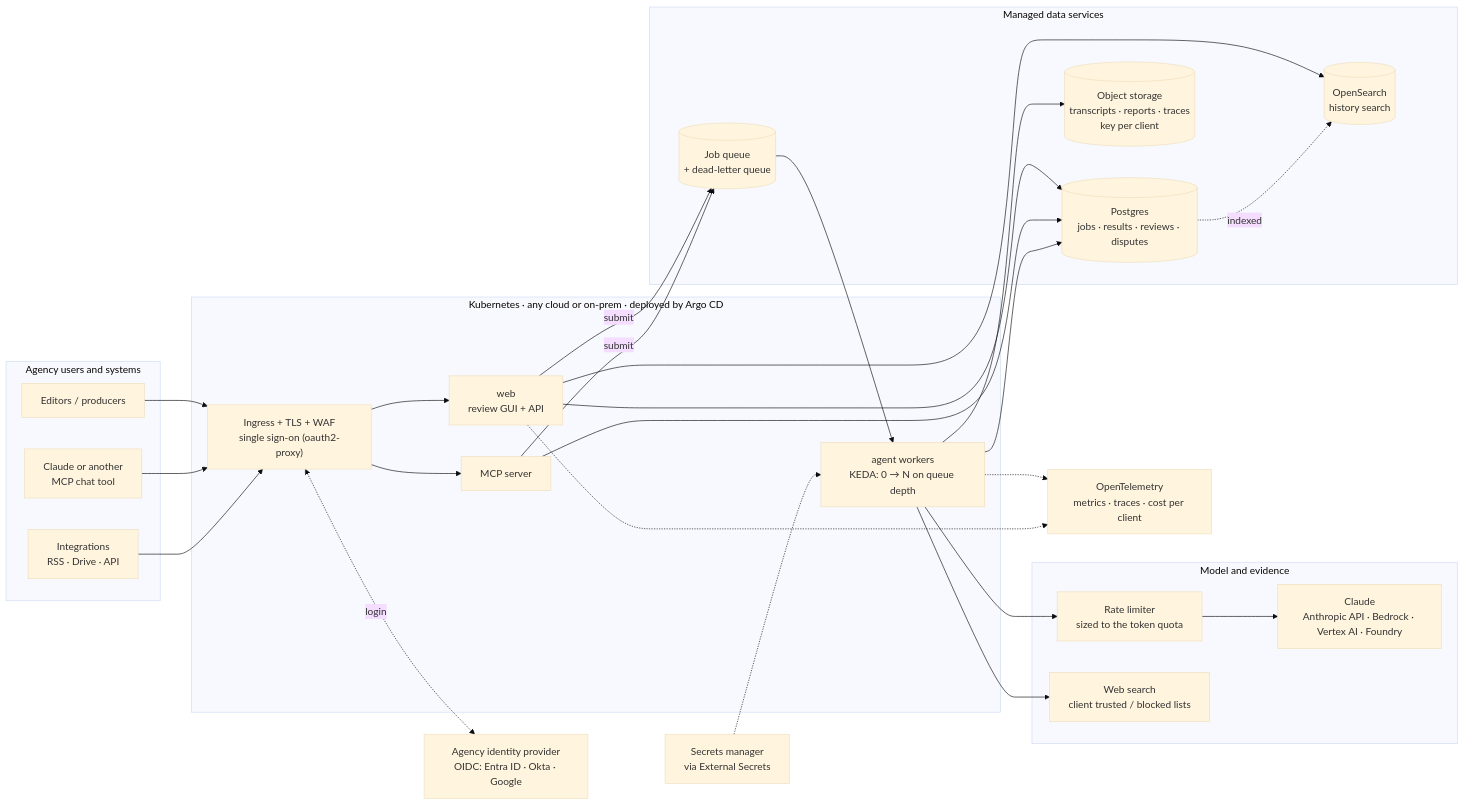
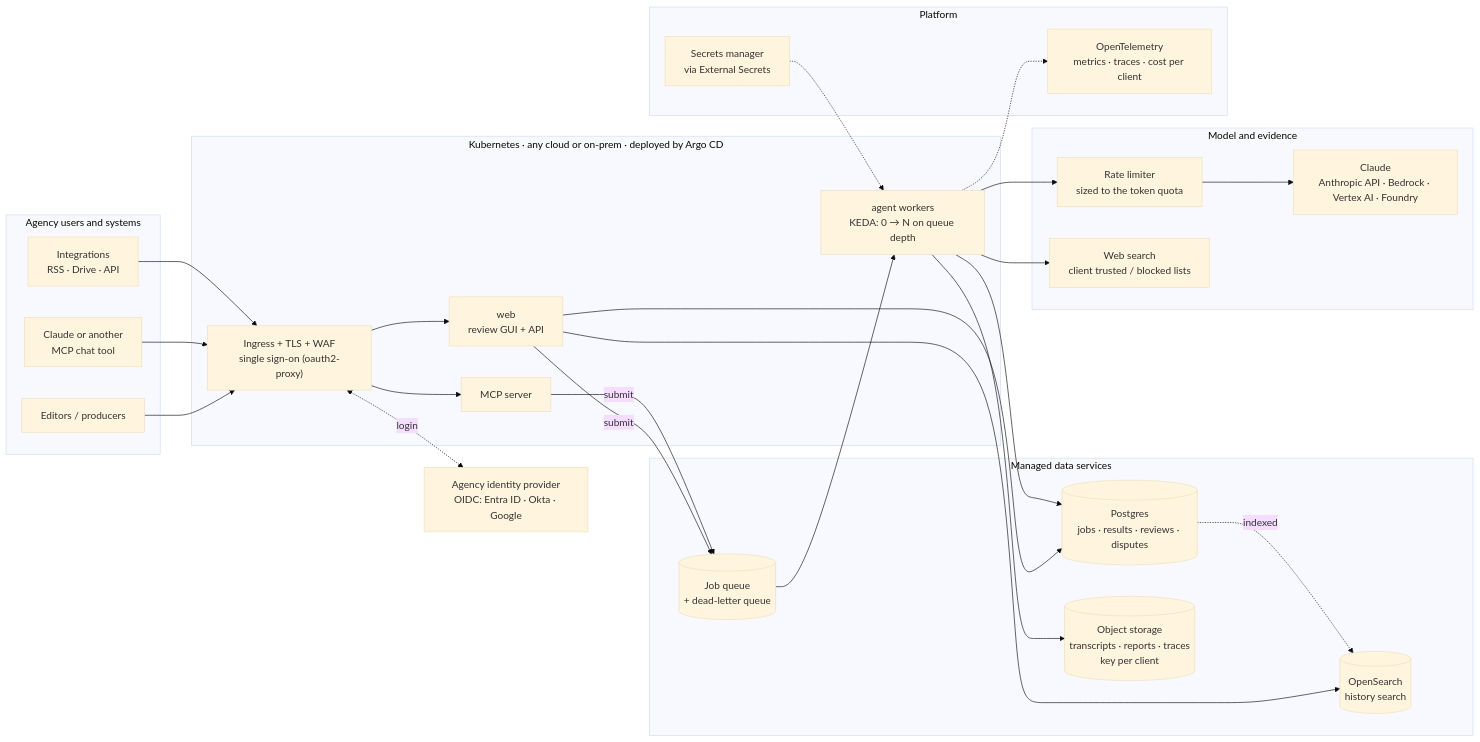
Before and after one commit to JohnGilligan2/podcast-agent: the first of 10 diagrams in docs/DEPLOYMENT.md, drawn with Mermaid (base theme).

Commit message:
Docs: tidy the architecture diagram

````diff
--- a/docs/DEPLOYMENT.md
+++ b/docs/DEPLOYMENT.md
@@ -20,54 +20,54 @@
 ```mermaid
 flowchart LR
     subgraph Users["Agency users and systems"]
         ED["Editors / producers"]
         CH["Claude or another<br/>MCP chat tool"]
         INT["Integrations<br/>RSS · Drive · API"]
     end
 
     IDP["Agency identity provider<br/>OIDC: Entra ID · Okta · Google"]
 
     subgraph K8S["Kubernetes · any cloud or on-prem · deployed by Argo CD"]
         ING["Ingress + TLS + WAF<br/>single sign-on (oauth2-proxy)"]
         WEB["web<br/>review GUI + API"]
         MCP["MCP server"]
         WRK["agent workers<br/>KEDA: 0 → N on queue depth"]
     end
 
     subgraph DATA["Managed data services"]
         Q[("Job queue<br/>+ dead-letter queue")]
         PG[("Postgres<br/>jobs · results · reviews · disputes")]
         OS[("OpenSearch<br/>history search")]
         OBJ[("Object storage<br/>transcripts · reports · traces<br/>key per client")]
     end
 
     subgraph EXT["Model and evidence"]
         RL["Rate limiter<br/>sized to the token quota"]
         MOD["Claude<br/>Anthropic API · Bedrock · Vertex AI · Foundry"]
         WS["Web search<br/>client trusted / blocked lists"]
     end
 
-    OBS["OpenTelemetry<br/>metrics · traces · cost per client"]
-    SEC["Secrets manager<br/>via External Secrets"]
+    subgraph PLAT["Platform"]
+        SEC["Secrets manager<br/>via External Secrets"]
+        OBS["OpenTelemetry<br/>metrics · traces · cost per client"]
+    end
 
     ED --> ING
     CH --> ING
     INT --> ING
     ING <-. login .-> IDP
     ING --> WEB
     ING --> MCP
     WEB -- submit --> Q
     MCP -- submit --> Q
     WEB --> PG
     WEB --> OS
-    MCP --> PG
     Q --> WRK
     WRK --> RL --> MOD
     WRK --> WS
     WRK --> PG
     WRK --> OBJ
     PG -. indexed .-> OS
     SEC -.-> WRK
     WRK -.-> OBS
-    WEB -.-> OBS
 ```
````
